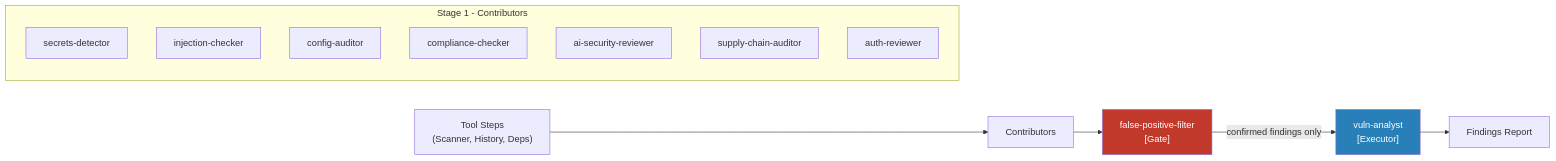
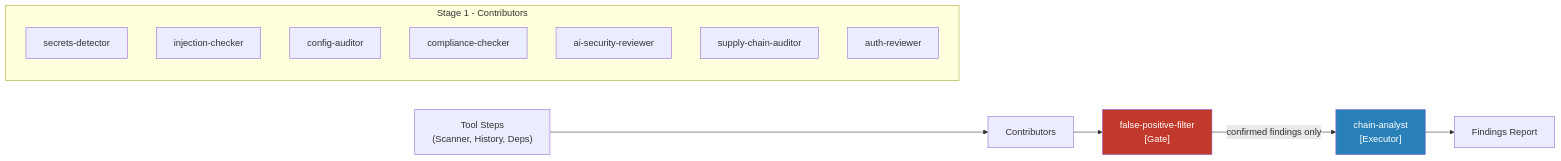
The first of 4 diagrams in docs/concepts/multi-agent-orchestration.md (holgerleichsenring/agent-smith), drawn with Mermaid before and after one commit. The commit also changed other lines of this file and 26 other files, not shown here.

````diff
--- a/docs/concepts/multi-agent-orchestration.md
+++ b/docs/concepts/multi-agent-orchestration.md
@@ -15,21 +15,21 @@
 ```mermaid
 graph LR
     Tools["Tool Steps<br/>(Scanner, History, Deps)"] --> Contributors
 
     subgraph Stage 1 - Contributors
         C1[secrets-detector]
         C2[injection-checker]
         C3[config-auditor]
         C4[compliance-checker]
         C5[ai-security-reviewer]
         C6[supply-chain-auditor]
         C7[auth-reviewer]
     end
 
     Contributors --> Gate["false-positive-filter<br/>[Gate]"]
-    Gate -->|"confirmed findings only"| Executor["vuln-analyst<br/>[Executor]"]
+    Gate -->|"confirmed findings only"| Executor["chain-analyst<br/>[Executor]"]
     Executor --> Output[Findings Report]
 
     style Gate fill:#c0392b,color:#fff
     style Executor fill:#2980b9,color:#fff
 ```
````
